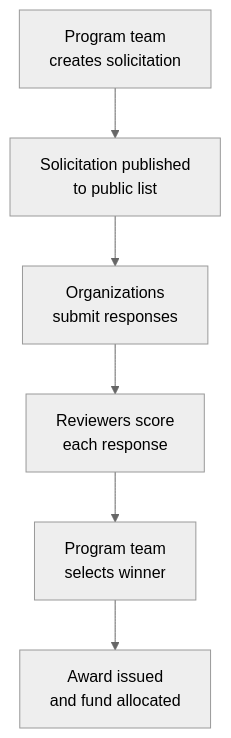
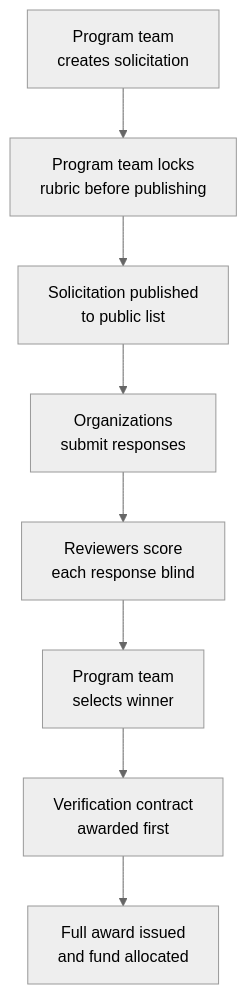
One commit to dimagi-internal/connect-labs changed the diagram in user_docs/solicitations.md. Above: the diagram before and after it, drawn with Mermaid (neutral theme). The commit also changed other lines of this file and 1 other file, not shown here.

````diff
--- a/user_docs/solicitations.md
+++ b/user_docs/solicitations.md
@@ -9,8 +9,10 @@
 ```mermaid
 flowchart TD
-    A[Program team\ncreates solicitation] --> B[Solicitation published\nto public list]
-    B --> C[Organizations\nsubmit responses]
-    C --> D[Reviewers score\neach response]
-    D --> E[Program team\nselects winner]
-    E --> F[Award issued\nand fund allocated]
+    A[Program team\ncreates solicitation] --> B[Program team locks\nrubric before publishing]
+    B --> C[Solicitation published\nto public list]
+    C --> D[Organizations\nsubmit responses]
+    D --> E[Reviewers score\neach response blind]
+    E --> F[Program team\nselects winner]
+    F --> G[Verification contract\nawarded first]
+    G --> H[Full award issued\nand fund allocated]
 ```
````
